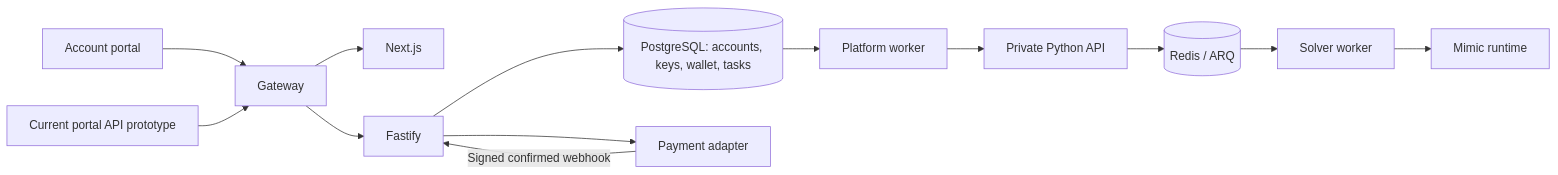
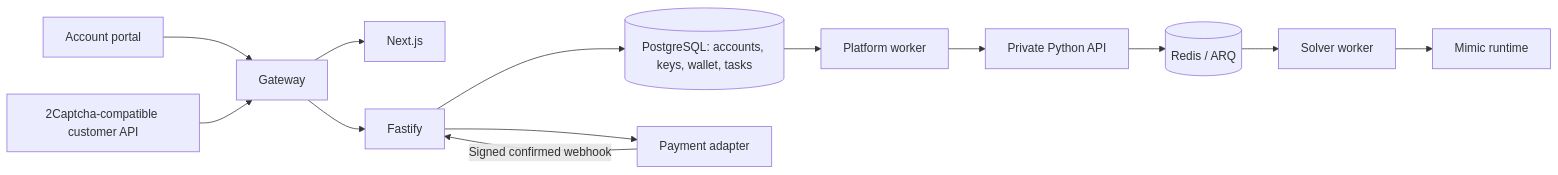
One commit to d3ede/huginn-website changed the diagram in docs/operations.md. Above: the diagram before and after it, drawn with Mermaid. The commit also changed other lines of this file and 14 other files, not shown here.

````diff
--- a/docs/operations.md
+++ b/docs/operations.md
@@ -21,15 +21,15 @@
 ```mermaid
 flowchart LR
   Browser[Account portal] --> Gateway
-  Customer[Current portal API prototype] --> Gateway
+  Customer[2Captcha-compatible customer API] --> Gateway
   Gateway --> Web[Next.js]
   Gateway --> API[Fastify]
   API --> DB[(PostgreSQL: accounts, keys, wallet, tasks)]
   DB --> PW[Platform worker]
   PW --> Private[Private Python API]
   Private --> Redis[(Redis / ARQ)]
   Redis --> Worker[Solver worker]
   Worker --> Mimic[Mimic runtime]
   API --> Payment[Payment adapter]
   Payment -->|Signed confirmed webhook| API
 ```
````
